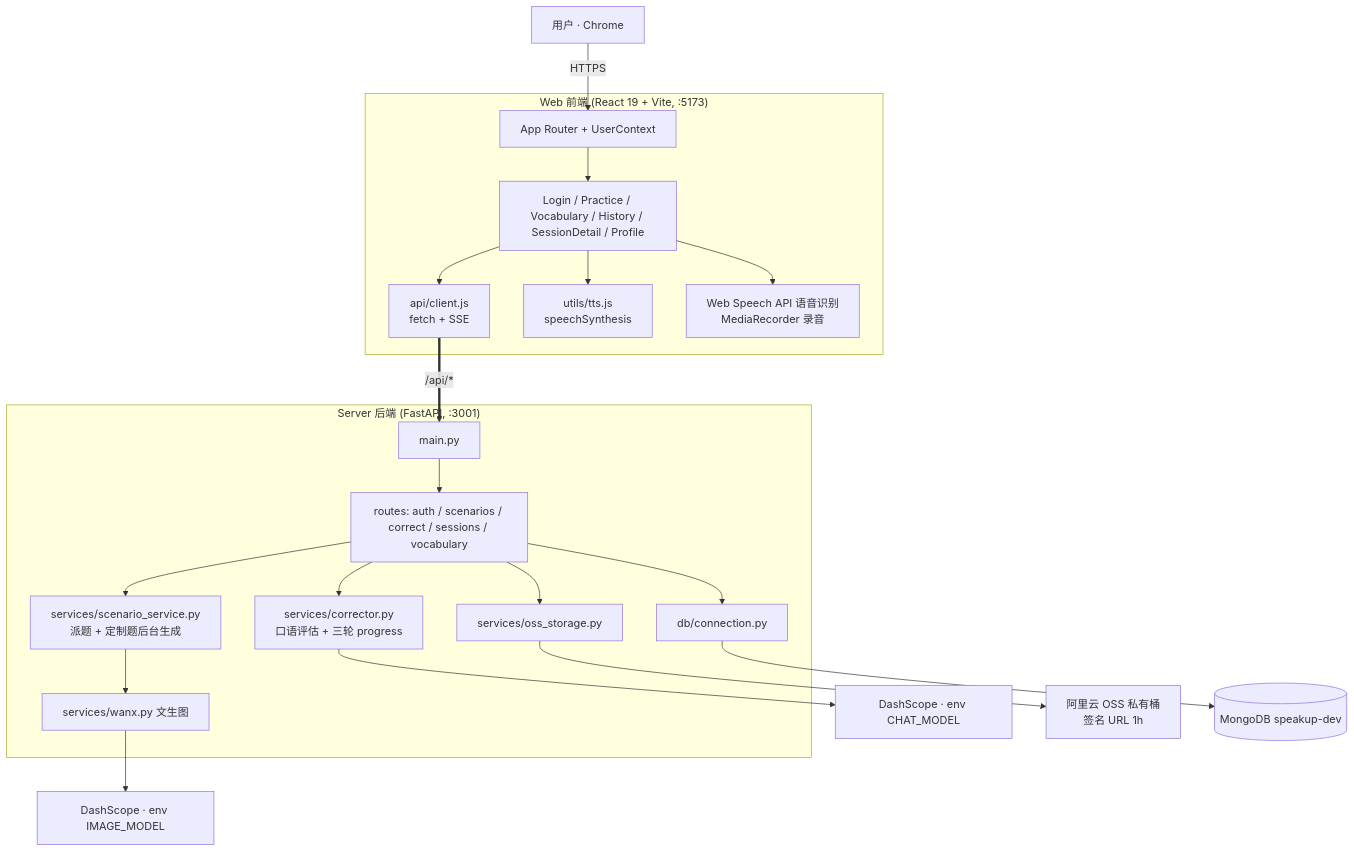
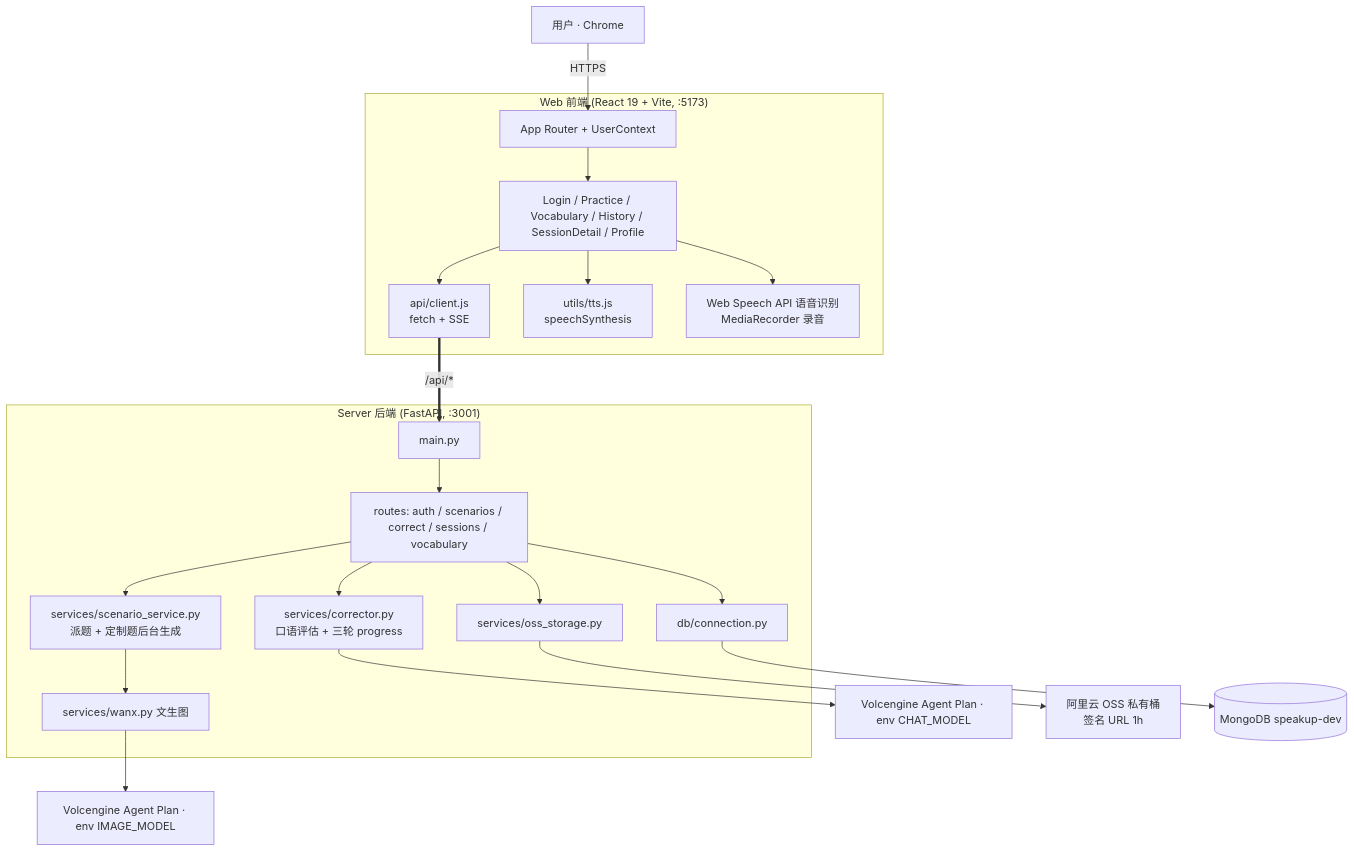
Before and after one commit to makewheels/speakup: the first of 2 diagrams in docs/README.md, drawn with Mermaid. The commit also changed other lines of this file and 18 other files, not shown here.

Commit message:
feat: switch media providers to agent plan

````diff
--- a/docs/README.md
+++ b/docs/README.md
@@ -7,27 +7,27 @@
 ```mermaid
 graph TB
     User[用户 · Chrome] -->|HTTPS| Web
 
     subgraph "Web 前端 (React 19 + Vite, :5173)"
         Web[App Router + UserContext] --> Pages[Login / Practice / Vocabulary / History / SessionDetail / Profile]
         Pages --> Client[api/client.js<br/>fetch + SSE]
         Pages --> TTS[utils/tts.js<br/>speechSynthesis]
         Pages --> SR[Web Speech API 语音识别<br/>MediaRecorder 录音]
     end
 
     Client ==>|/api/*| API
 
     subgraph "Server 后端 (FastAPI, :3001)"
         API[main.py] --> R[routes: auth / scenarios / correct / sessions / vocabulary]
         R --> Corrector[services/corrector.py<br/>口语评估 + 三轮 progress]
         R --> Scen[services/scenario_service.py<br/>派题 + 定制题后台生成]
         Scen --> Wanx[services/wanx.py 文生图]
         R --> OSS[services/oss_storage.py]
         R --> DB[db/connection.py]
     end
 
-    Corrector --> Qwen[DashScope · env CHAT_MODEL]
-    Wanx --> Wan[DashScope · env IMAGE_MODEL]
+    Corrector --> Ark[Volcengine Agent Plan · env CHAT_MODEL]
+    Wanx --> Seedream[Volcengine Agent Plan · env IMAGE_MODEL]
     OSS --> Aliyun[阿里云 OSS 私有桶<br/>签名 URL 1h]
     DB --> Mongo[(MongoDB speakup-dev)]
 ```
````
